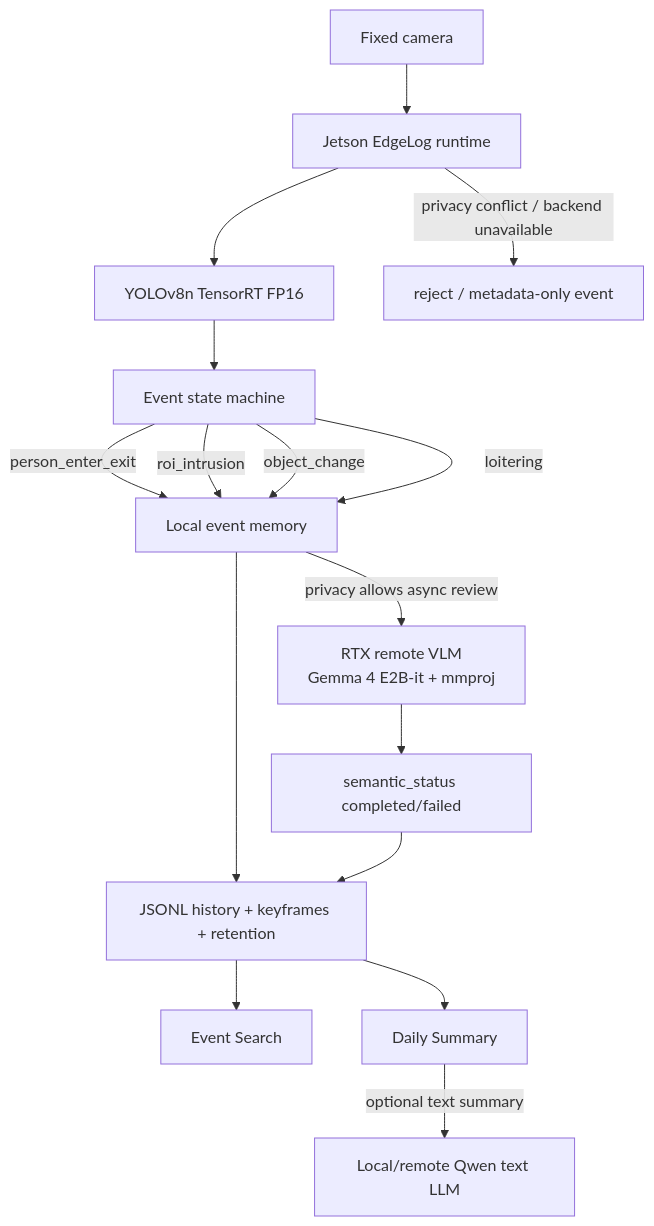
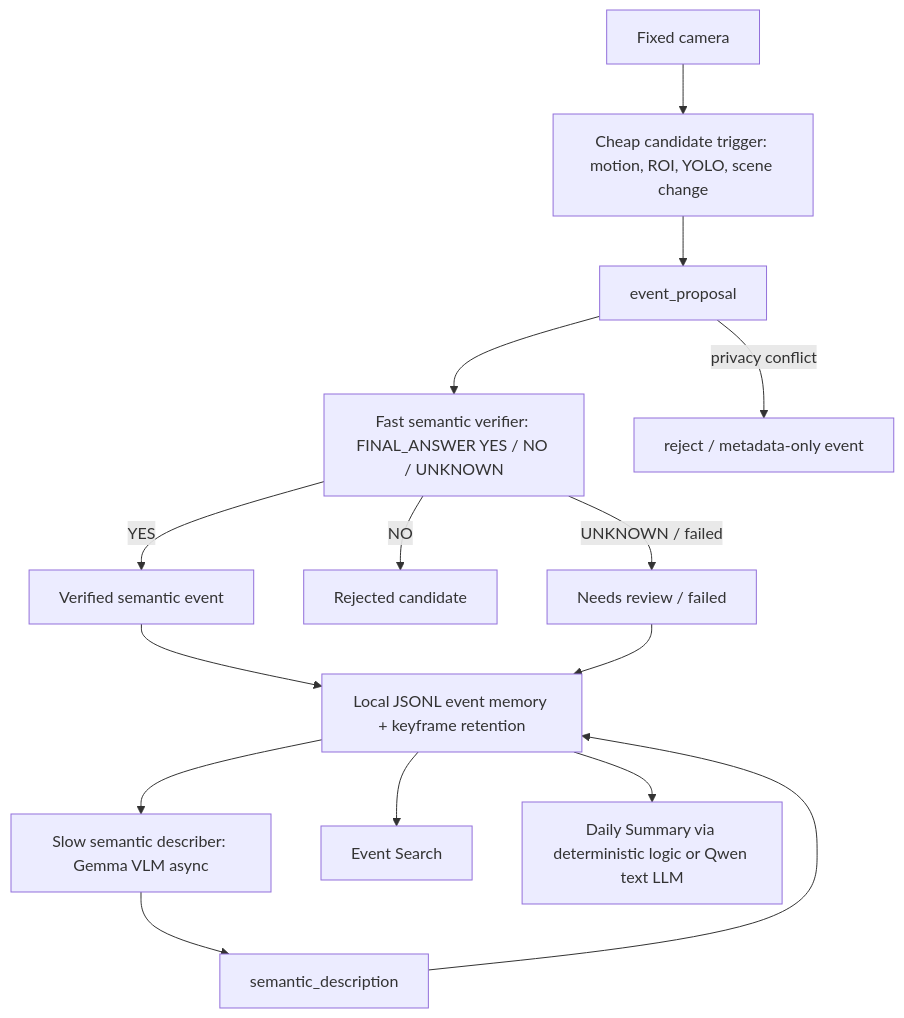
The diagram in README.md (123woshixiaoyu/edge-llm-bench), drawn with Mermaid before and after one commit. The commit also changed other lines of this file and 14 other files, not shown here.

Commit message:
Make EdgeLog a semantic event memory system

````diff
--- a/README.md
+++ b/README.md
@@ -17,18 +17,17 @@
 ```mermaid
 flowchart TD
-    A["Fixed camera"] --> B["Jetson EdgeLog runtime"]
-    B --> C["YOLOv8n TensorRT FP16"]
-    C --> D["Event state machine"]
-    D -->|person_enter_exit| E["Local event memory"]
-    D -->|roi_intrusion| E
-    D -->|object_change| E
-    D -->|loitering| E
-    E --> F["JSONL history + keyframes + retention"]
-    F --> G["Event Search"]
-    F --> H["Daily Summary"]
-    E -->|privacy allows async review| I["RTX remote VLM\nGemma 4 E2B-it + mmproj"]
-    I --> J["semantic_status completed/failed"]
-    J --> F
-    H -->|optional text summary| K["Local/remote Qwen text LLM"]
-    B -->|privacy conflict / backend unavailable| L["reject / metadata-only event"]
+    A["Fixed camera"] --> B["Cheap candidate trigger: motion, ROI, YOLO, scene change"]
+    B --> C["event_proposal"]
+    C --> D["Fast semantic verifier: FINAL_ANSWER YES / NO / UNKNOWN"]
+    D -->|YES| E["Verified semantic event"]
+    D -->|NO| F["Rejected candidate"]
+    D -->|UNKNOWN / failed| G["Needs review / failed"]
+    E --> H["Local JSONL event memory + keyframe retention"]
+    G --> H
+    H --> I["Slow semantic describer: Gemma VLM async"]
+    I --> J["semantic_description"]
+    J --> H
+    H --> K["Event Search"]
+    H --> L["Daily Summary via deterministic logic or Qwen text LLM"]
+    C -->|privacy conflict| M["reject / metadata-only event"]
 ```
````
